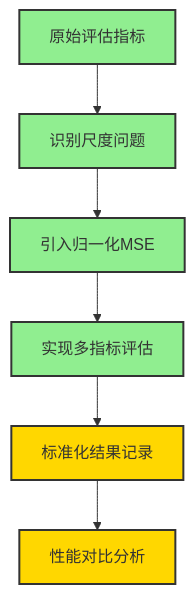
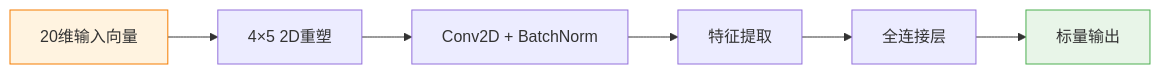
The seventh of 8 diagrams in 项目流程图.md (le876/week1-CNN), drawn with Mermaid before and after one commit. The commit also changed other lines of this file and 25 other files, not shown here.

````diff
--- a/项目流程图.md
+++ b/项目流程图.md
@@ -174,16 +212,11 @@
 ```mermaid
-flowchart TD
-    A[原始评估指标] --> B[识别尺度问题]
-    B --> C[引入归一化MSE]
-    C --> D[实现多指标评估]
-    D --> E[标准化结果记录]
-    E --> F[性能对比分析]
-    
-    %% 当前进度标记
-    style A fill:#90EE90,stroke:#333,stroke-width:2px
-    style B fill:#90EE90,stroke:#333,stroke-width:2px
-    style C fill:#90EE90,stroke:#333,stroke-width:2px
-    style D fill:#90EE90,stroke:#333,stroke-width:2px
-    style E fill:#FFD700,stroke:#333,stroke-width:2px
-    style F fill:#FFD700,stroke:#333,stroke-width:2px
+flowchart LR
+    A[20维输入向量] --> B[4×5 2D重塑]
+    B --> C[Conv2D + BatchNorm]
+    C --> D[特征提取]
+    D --> E[全连接层]
+    E --> F[标量输出]
+
+    style A fill:#fff3e0,stroke:#f57c00
+    style F fill:#e8f5e8,stroke:#4caf50
 ```
````
